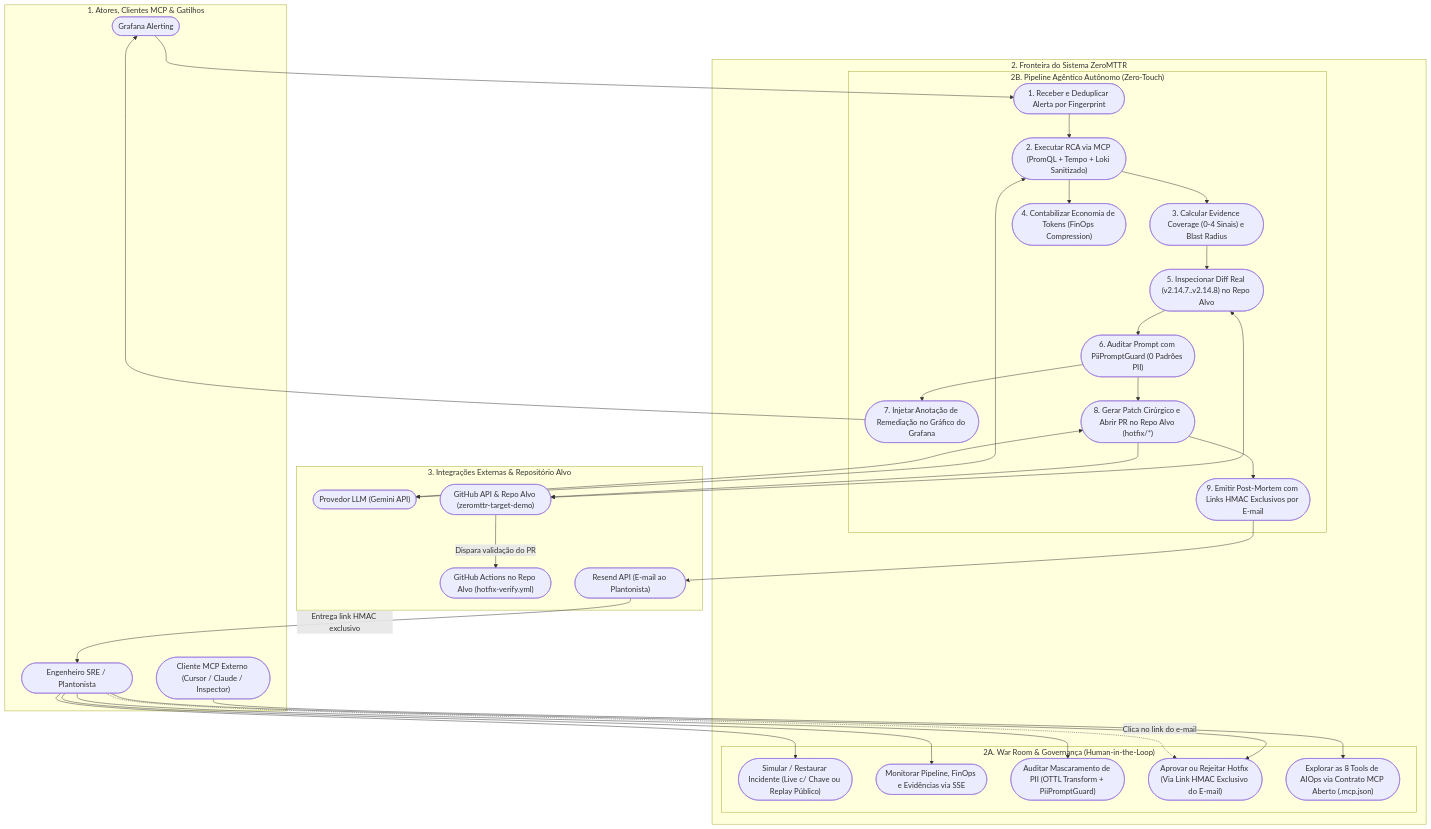
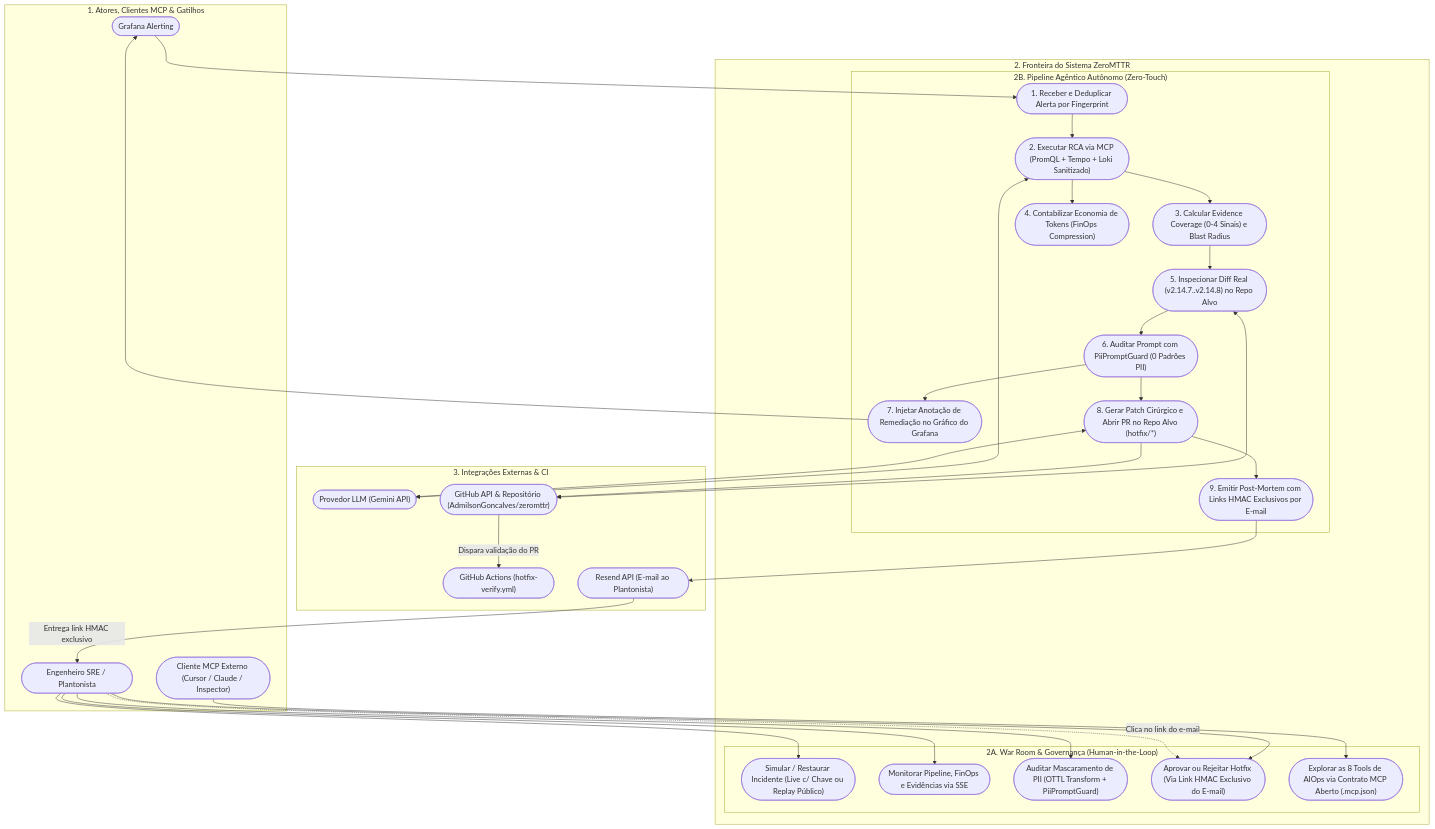
One commit to AdmilsonGoncalves/zeromttr changed the first of 6 diagrams in docs/pt-BR/01_system_diagrams.md. Above: the diagram before and after it, drawn with Mermaid. The commit also changed other lines of this file and 10 other files, not shown here.

Commit message:
docs: consolidate single-repo release branch strategy (release/target-v2.14.8) in AdmilsonGoncalves/zeromttr

````diff
--- a/docs/pt-BR/01_system_diagrams.md
+++ b/docs/pt-BR/01_system_diagrams.md
@@ -16,68 +16,68 @@
 ```mermaid
 flowchart TD
     subgraph Atores["1. Atores, Clientes MCP & Gatilhos"]
         SRE(["Engenheiro SRE / Plantonista"])
         EXT_MCP(["Cliente MCP Externo (Cursor / Claude / Inspector)"])
         GRAF(["Grafana Alerting"])
     end
 
     subgraph ZeroMTTR_Boundary["2. Fronteira do Sistema ZeroMTTR"]
         subgraph Operacao_Interativa["2A. War Room & Governança (Human-in-the-Loop)"]
             UC_SIM(["Simular / Restaurar Incidente (Live c/ Chave ou Replay Público)"])
             UC_MON(["Monitorar Pipeline, FinOps e Evidências via SSE"])
             UC_PII(["Auditar Mascaramento de PII (OTTL Transform + PiiPromptGuard)"])
             UC_DEC(["Aprovar ou Rejeitar Hotfix (Via Link HMAC Exclusivo do E-mail)"])
             UC_EXT(["Explorar as 8 Tools de AIOps via Contrato MCP Aberto (.mcp.json)"])
         end
 
         subgraph Pipeline_Autonomo["2B. Pipeline Agêntico Autônomo (Zero-Touch)"]
             UC_ALT(["1. Receber e Deduplicar Alerta por Fingerprint"])
             UC_RCA(["2. Executar RCA via MCP (PromQL + Tempo + Loki Sanitizado)"])
             UC_COV(["3. Calcular Evidence Coverage (0-4 Sinais) e Blast Radius"])
             UC_FIN(["4. Contabilizar Economia de Tokens (FinOps Compression)"])
             UC_DIFF(["5. Inspecionar Diff Real (v2.14.7..v2.14.8) no Repo Alvo"])
             UC_GUARD(["6. Auditar Prompt com PiiPromptGuard (0 Padrões PII)"])
             UC_ANN(["7. Injetar Anotação de Remediação no Gráfico do Grafana"])
             UC_PR(["8. Gerar Patch Cirúrgico e Abrir PR no Repo Alvo (hotfix/*)"])
             UC_NOT(["9. Emitir Post-Mortem com Links HMAC Exclusivos por E-mail"])
         end
     end
 
-    subgraph Provedores_Externos["3. Integrações Externas & Repositório Alvo"]
+    subgraph Provedores_Externos["3. Integrações Externas & CI"]
         LLM(["Provedor LLM (Gemini API)"])
-        GH(["GitHub API & Repo Alvo (zeromttr-target-demo)"])
-        GHCI(["GitHub Actions no Repo Alvo (hotfix-verify.yml)"])
+        GH(["GitHub API & Repositório (AdmilsonGoncalves/zeromttr)"])
+        GHCI(["GitHub Actions (hotfix-verify.yml)"])
         RS(["Resend API (E-mail ao Plantonista)"])
     end
 
     %% Ações do SRE e Cliente MCP Externo
     SRE --> UC_SIM
     SRE --> UC_MON
     SRE --> UC_PII
     SRE --> UC_DEC
     EXT_MCP --> UC_EXT
 
     %% Gatilho do Grafana
     GRAF --> UC_ALT
 
     %% Fluxo autônomo
     UC_ALT --> UC_RCA
     UC_RCA --> UC_COV
     UC_RCA --> UC_FIN
     UC_COV --> UC_DIFF
     UC_DIFF --> UC_GUARD
     UC_GUARD --> UC_ANN
     UC_GUARD --> UC_PR
     UC_PR --> UC_NOT
 
     %% Integrações externas
     UC_RCA <--> LLM
     UC_DIFF <--> GH
     UC_ANN --> GRAF
     UC_PR <--> LLM
     UC_PR --> GH
     GH -->|"Dispara validação do PR"| GHCI
     UC_NOT --> RS
     RS -->|"Entrega link HMAC exclusivo"| SRE
     SRE -.->|"Clica no link do e-mail"| UC_DEC
 ```
````
